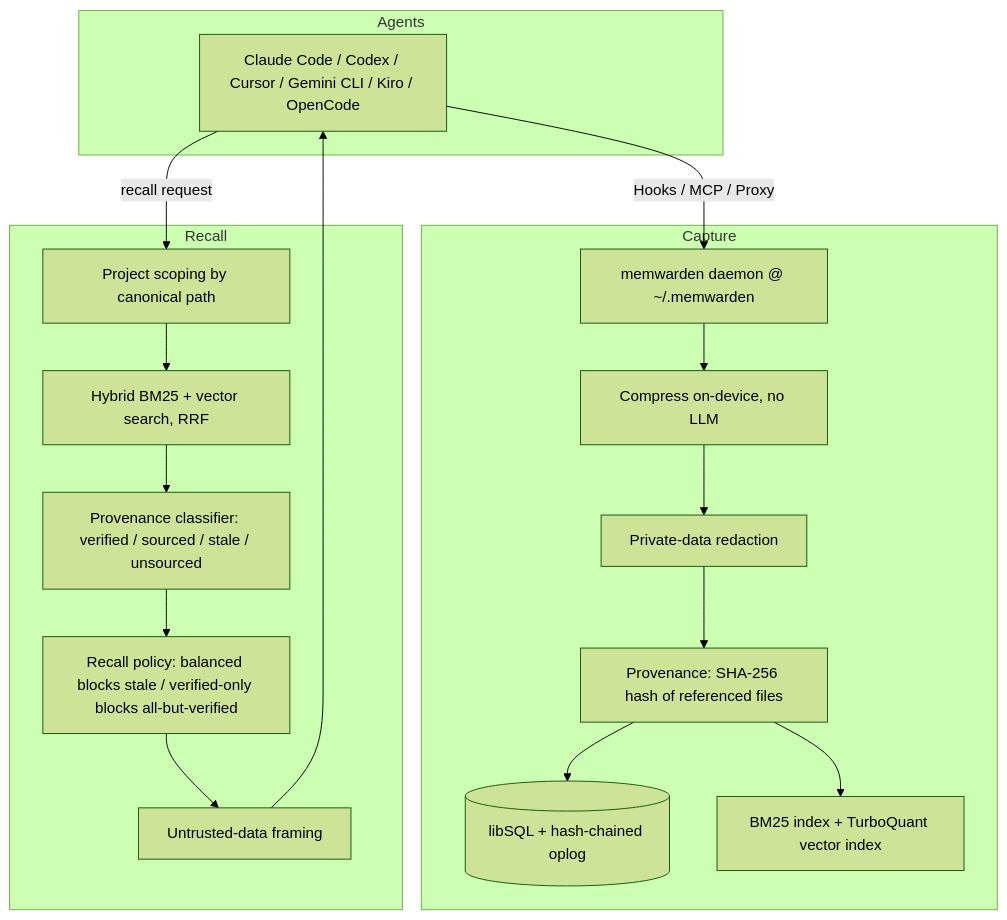
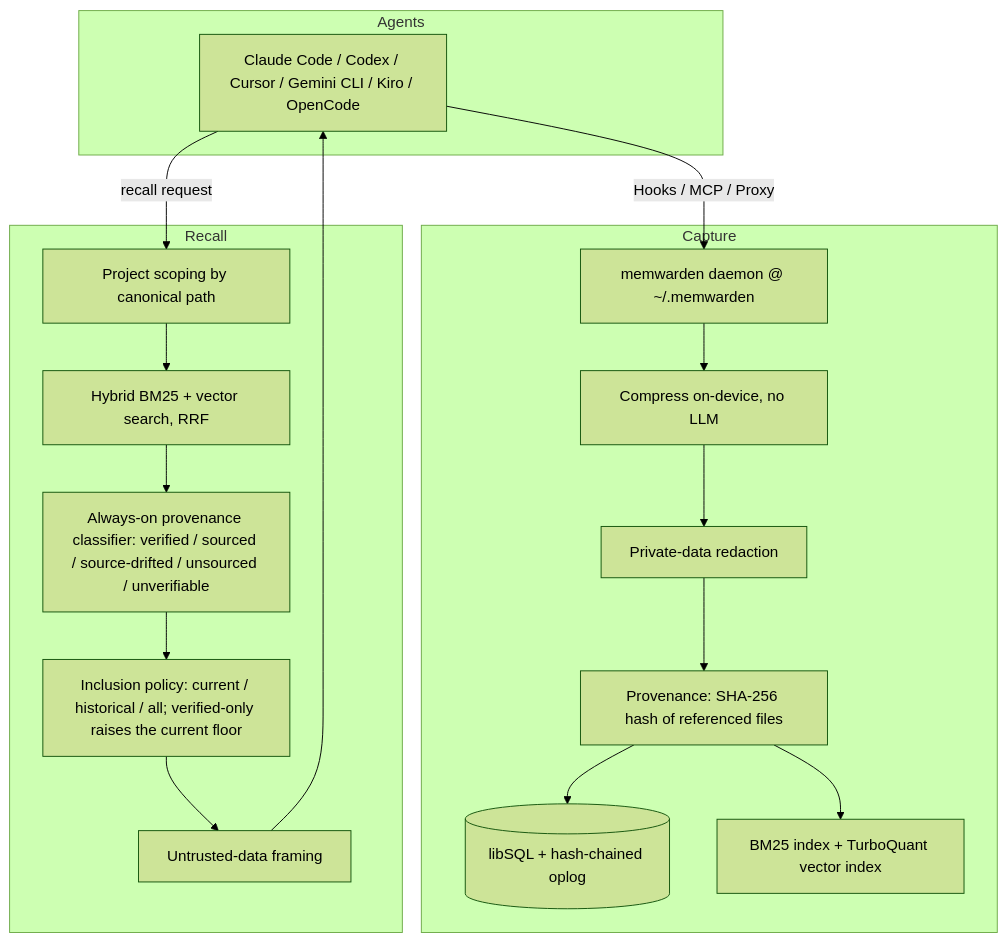
One commit to saiyam1814/memwarden changed the diagram in docs/architecture.md. Above: the diagram before and after it, drawn with Mermaid (forest theme). The commit also changed other lines of this file and 8 other files, not shown here.

````diff
--- a/docs/architecture.md
+++ b/docs/architecture.md
@@ -5,24 +5,24 @@
 ```mermaid
 flowchart TB
   subgraph Agents
     A1[Claude Code / Codex / Cursor / Gemini CLI / Kiro / OpenCode]
   end
   A1 -->|Hooks / MCP / Proxy| D[memwarden daemon @ ~/.memwarden]
 
   subgraph Capture
     D --> C1[Compress on-device, no LLM]
     C1 --> C2[Private-data redaction]
     C2 --> C3[Provenance: SHA-256 hash of referenced files]
     C3 --> ST[(libSQL + hash-chained oplog)]
     C3 --> IX[BM25 index + TurboQuant vector index]
   end
 
   subgraph Recall
     A1 -->|recall request| R1[Project scoping by canonical path]
     R1 --> R2[Hybrid BM25 + vector search, RRF]
-    R2 --> R3[Provenance classifier: verified / sourced / stale / unsourced]
-    R3 --> R4[Recall policy: balanced blocks stale / verified-only blocks all-but-verified]
+    R2 --> R3[Always-on provenance classifier: verified / sourced / source-drifted / unsourced / unverifiable]
+    R3 --> R4[Inclusion policy: current / historical / all; verified-only raises the current floor]
     R4 --> R5[Untrusted-data framing]
     R5 --> A1
   end
 ```
````
